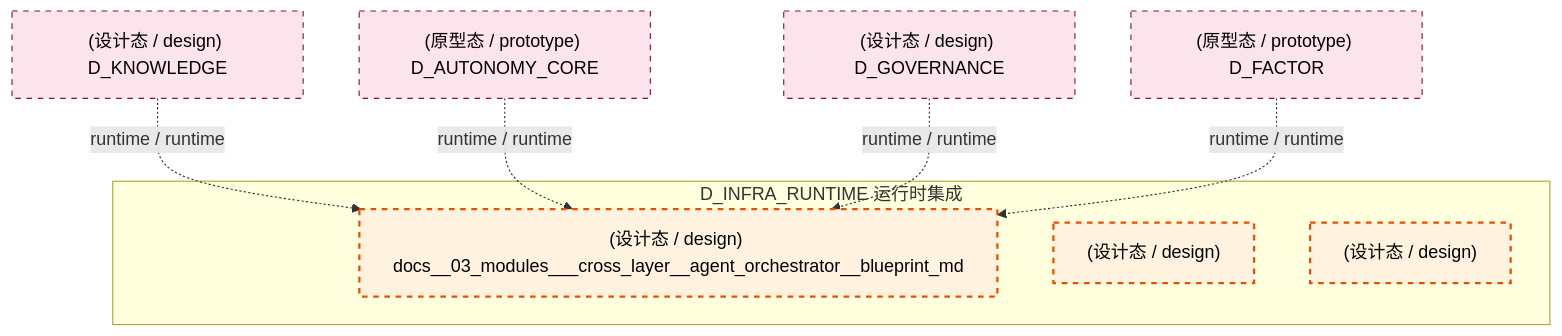
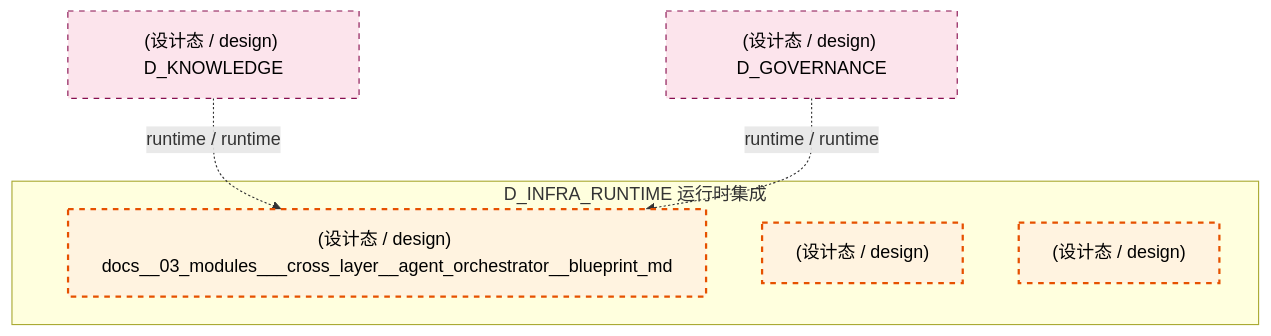
One commit to xuanFelixVan/ZephyrAlpha changed the seventh of 9 diagrams in docs/02_enterprise_architecture/02_domain_architecture_docs/04_d_infra_runtime.md. Above: the diagram before and after it, drawn with Mermaid. The commit also changed other lines of this file and 100 other files, not shown here.

````diff
--- a/docs/02_enterprise_architecture/02_domain_architecture_docs/04_d_infra_runtime.md
+++ b/docs/02_enterprise_architecture/02_domain_architecture_docs/04_d_infra_runtime.md
@@ -882,22 +879,18 @@
 ```mermaid
 graph TD
     subgraph D_INFRA_RUNTIME["D_INFRA_RUNTIME 运行时集成"]
         docs_03_modules_cross_layer_agent_orchestrator_blueprint_md["(设计态 / design) docs__03_modules___cross_layer__agent_orchestrator__blueprint_md"]
         docs_03_modules_cross_layer_shared_core_contracts_blueprint_md["(设计态 / design) "]
         docs_03_modules_cross_layer_shared_core_shared_infra_blueprint_md["(设计态 / design) "]
     end
     D_KNOWLEDGE["(设计态 / design) D_KNOWLEDGE"]
     D_KNOWLEDGE -.->|runtime / runtime| docs_03_modules_cross_layer_agent_orchestrator_blueprint_md
-    D_AUTONOMY_CORE["(原型态 / prototype) D_AUTONOMY_CORE"]
-    D_AUTONOMY_CORE -.->|runtime / runtime| docs_03_modules_cross_layer_agent_orchestrator_blueprint_md
     D_GOVERNANCE["(设计态 / design) D_GOVERNANCE"]
     D_GOVERNANCE -.->|runtime / runtime| docs_03_modules_cross_layer_agent_orchestrator_blueprint_md
-    D_FACTOR["(原型态 / prototype) D_FACTOR"]
-    D_FACTOR -.->|runtime / runtime| docs_03_modules_cross_layer_agent_orchestrator_blueprint_md
     classDef production fill:#e1f5fe,stroke:#01579b,stroke-width:2px,color:#000
     classDef design fill:#fff3e0,stroke:#e65100,stroke-width:2px,color:#000,stroke-dasharray: 5 5
     classDef external_prod fill:#e8f5e9,stroke:#1b5e20,stroke-width:1px,color:#000
     classDef external_design fill:#fce4ec,stroke:#880e4f,stroke-width:1px,color:#000,stroke-dasharray: 5 5
     class docs_03_modules_cross_layer_agent_orchestrator_blueprint_md,docs_03_modules_cross_layer_shared_core_contracts_blueprint_md,docs_03_modules_cross_layer_shared_core_shared_infra_blueprint_md design
-    class D_KNOWLEDGE,D_AUTONOMY_CORE,D_GOVERNANCE,D_FACTOR external_design
+    class D_KNOWLEDGE,D_GOVERNANCE external_design
 ```
````
